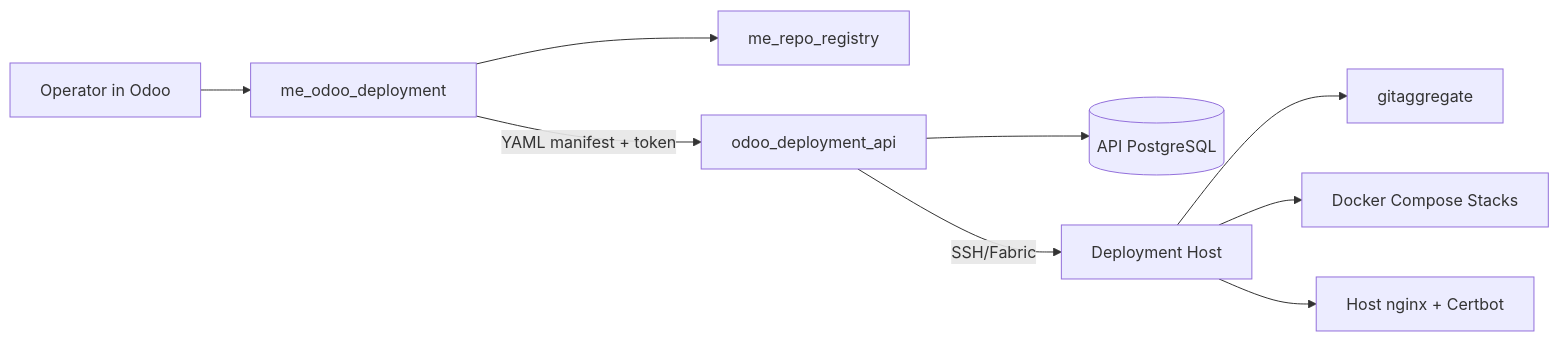
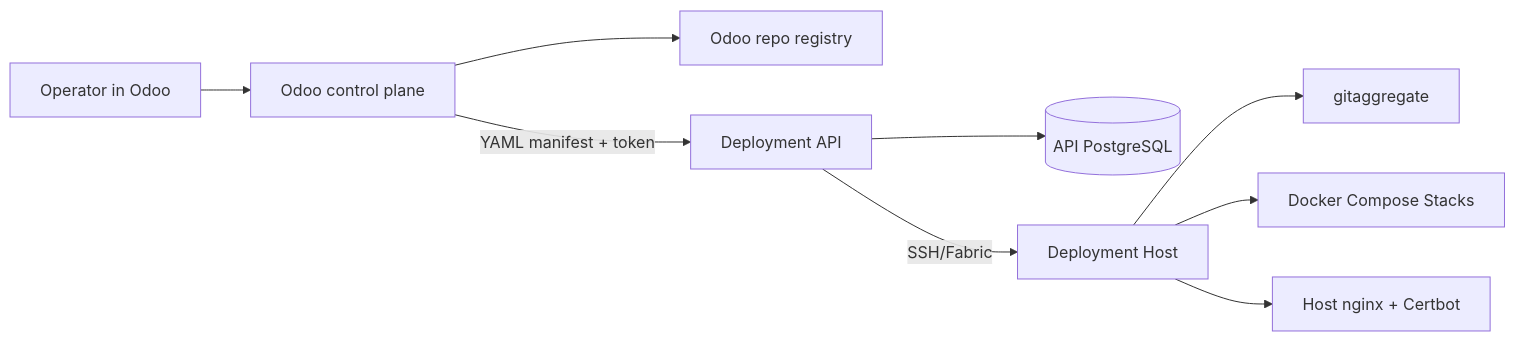
Before and after one commit to mart337i/deployment-api-showcase: the diagram in README.md, drawn with Mermaid. The commit also changed other lines of this file and 11 other files, not shown here.

````diff
--- a/README.md
+++ b/README.md
@@ -127,21 +127,21 @@
 ```mermaid
 flowchart LR
     Operator[Operator in Odoo]
-    Odoo[me_odoo_deployment]
-    Registry[me_repo_registry]
-    API[odoo_deployment_api]
+    Odoo[Odoo control plane]
+    Registry[Odoo repo registry]
+    API[Deployment API]
     DB[(API PostgreSQL)]
     Host[Deployment Host]
     Docker[Docker Compose Stacks]
     Nginx[Host nginx + Certbot]
     GitAgg[gitaggregate]
 
     Operator --> Odoo
     Odoo --> Registry
     Odoo -- YAML manifest + token --> API
     API --> DB
     API -- SSH/Fabric --> Host
     Host --> GitAgg
     Host --> Docker
     Host --> Nginx
 ```
````
